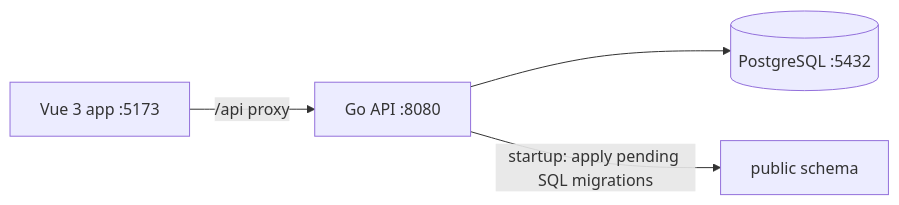
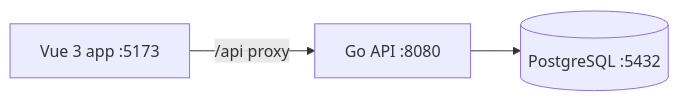
One commit to darrennicholas/ReconX changed the diagram in README.md. Above: the diagram before and after it, drawn with Mermaid. The commit also changed other lines of this file and 5 other files, not shown here.

Commit message:
Defer database schema and migrations

````diff
--- a/README.md
+++ b/README.md
@@ -13,6 +13,5 @@
 ```mermaid
 flowchart LR
   Browser[Vue 3 app :5173] -->|/api proxy| API[Go API :8080]
   API --> DB[(PostgreSQL :5432)]
-  API -->|startup: apply pending SQL migrations| Schema[public schema]
 ```
````
